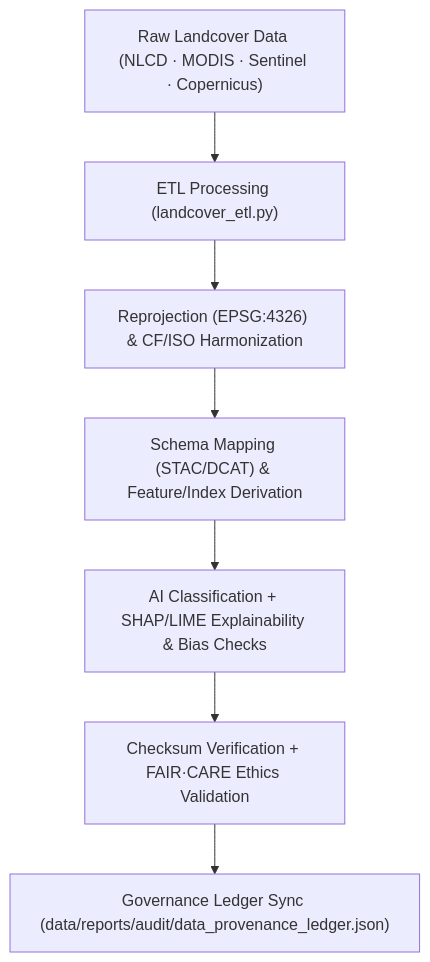
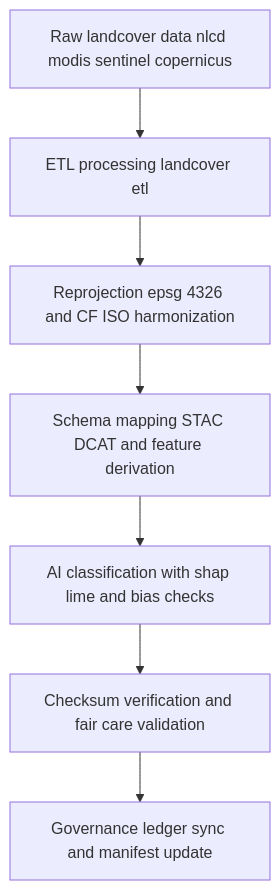
Before and after one commit to bartytime4life/Kansas-Frontier-Matrix: the diagram in data/work/tmp/landcover/transforms/README.md, drawn with Mermaid. The commit also changed other lines of this file, not shown here.

````diff
--- a/data/work/tmp/landcover/transforms/README.md
+++ b/data/work/tmp/landcover/transforms/README.md
@@ -68,9 +69,9 @@
 ```mermaid
 flowchart TD
-    A["Raw Landcover Data (NLCD · MODIS · Sentinel · Copernicus)"] --> B["ETL Processing (landcover_etl.py)"]
-    B --> C["Reprojection (EPSG:4326) & CF/ISO Harmonization"]
-    C --> D["Schema Mapping (STAC/DCAT) & Feature/Index Derivation"]
-    D --> E["AI Classification + SHAP/LIME Explainability & Bias Checks"]
-    E --> F["Checksum Verification + FAIR·CARE Ethics Validation"]
-    F --> G["Governance Ledger Sync (data/reports/audit/data_provenance_ledger.json)"]
+    A["Raw landcover data nlcd modis sentinel copernicus"] --> B["ETL processing landcover etl"]
+    B --> C["Reprojection epsg 4326 and CF ISO harmonization"]
+    C --> D["Schema mapping STAC DCAT and feature derivation"]
+    D --> E["AI classification with shap lime and bias checks"]
+    E --> F["Checksum verification and fair care validation"]
+    F --> G["Governance ledger sync and manifest update"]
 ```
````
